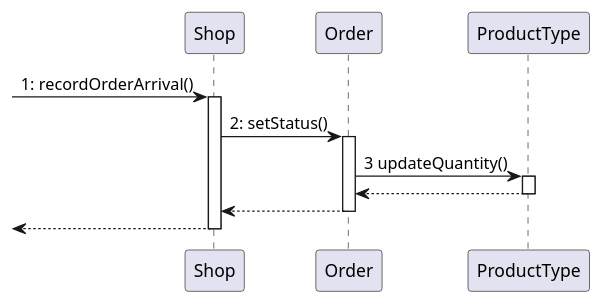
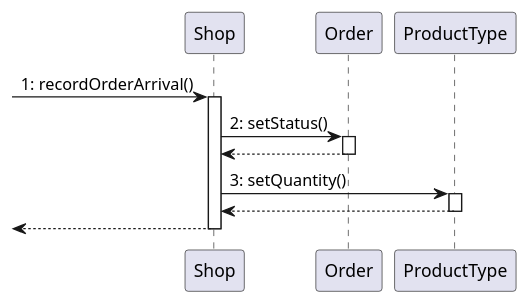
Before and after one commit to MatteoBattilana/EzShop: the eighth of 13 diagrams in Deliverables/DesignDocument.md, drawn with PlantUML. The commit also changed other lines of this file and 15 other files, not shown here.

````diff
--- a/Deliverables/DesignDocument.md
+++ b/Deliverables/DesignDocument.md
@@ -398,13 +433,13 @@
 ```plantuml
 @startuml
 ->Shop: 1: recordOrderArrival()
 activate Shop
     Shop -> Order: 2: setStatus()
     activate Order
-      Order -> ProductType: 3 updateQuantity()
-      activate ProductType
-      return
+    return
+    Shop -> ProductType: 3: setQuantity()
+    activate ProductType
     return
 return
 @enduml
 ```
````
